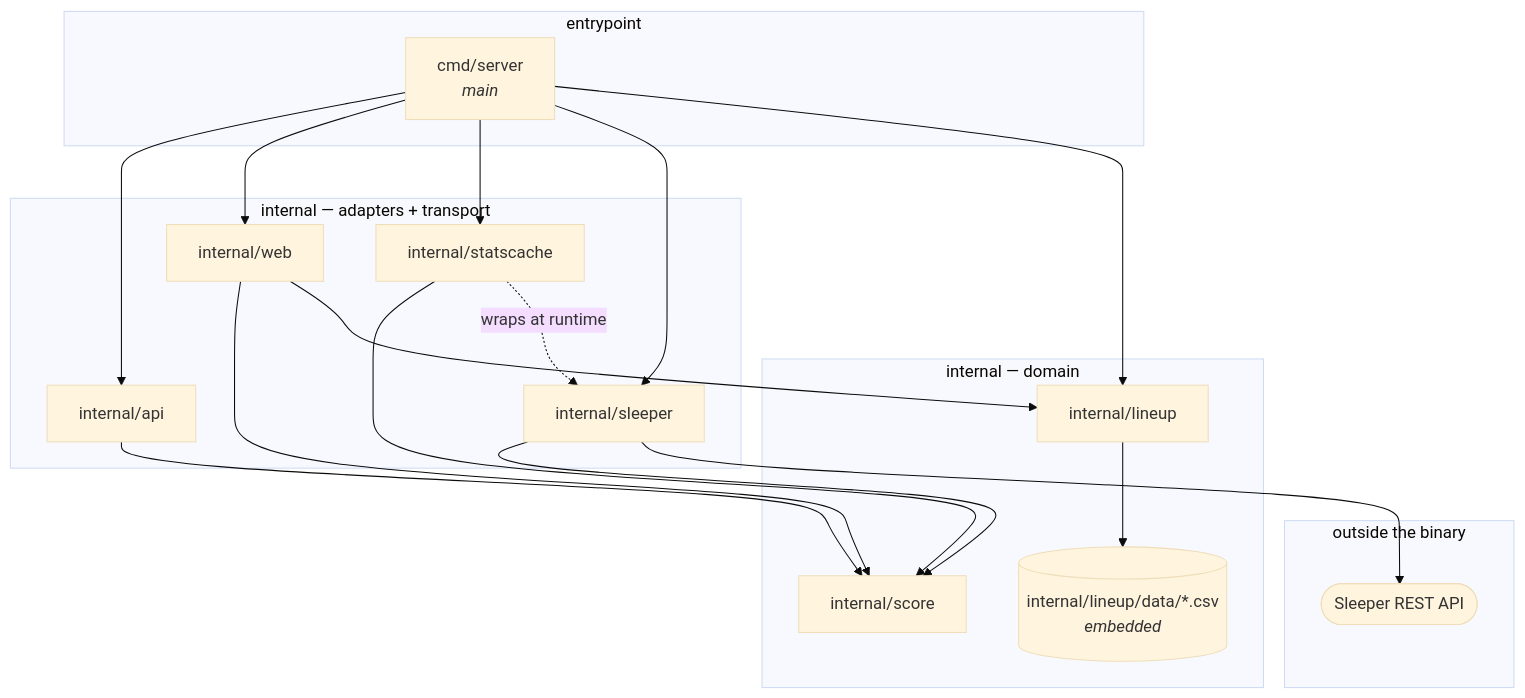
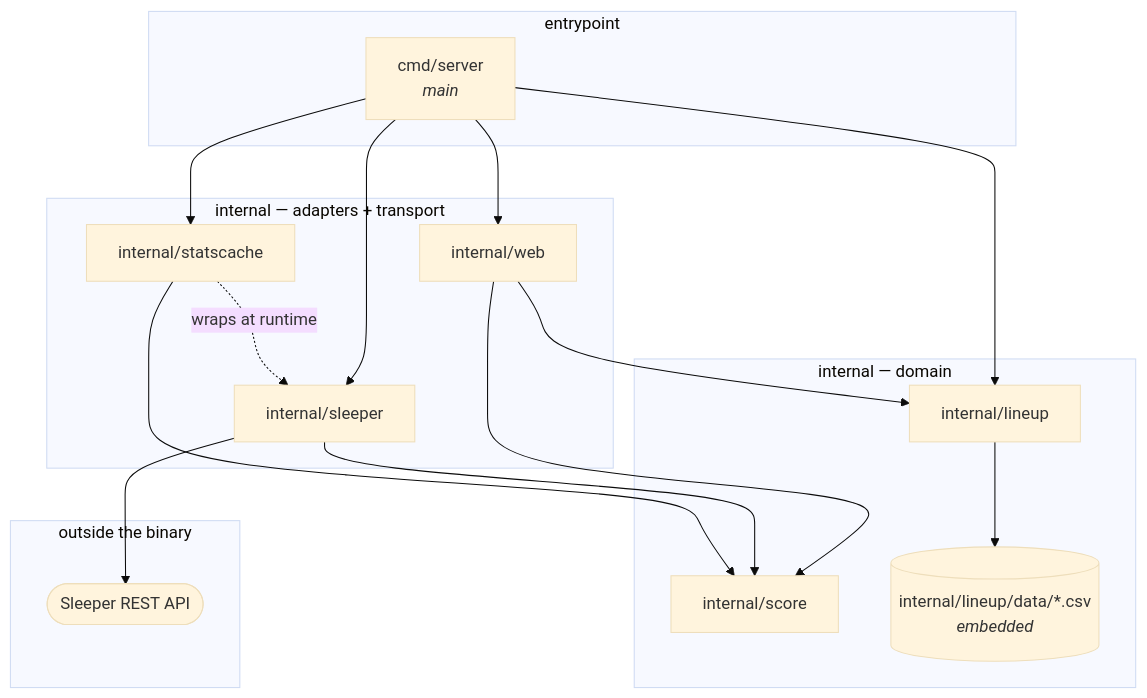
Before and after one commit to eshifrin-606/bojjaes: the diagram in docs/package-dependencies.md, drawn with Mermaid (base theme). The commit also changed other lines of this file and 33 other files, not shown here.

````diff
--- a/docs/package-dependencies.md
+++ b/docs/package-dependencies.md
@@ -13,34 +13,31 @@
 ```mermaid
 graph TD
     subgraph entry["entrypoint"]
         main["cmd/server<br/><i>main</i>"]
     end
     subgraph domain["internal — domain"]
         score["internal/score"]
         lineup["internal/lineup"]
         files[("internal/lineup/data/*.csv<br/><i>embedded</i>")]
     end
     subgraph adapters["internal — adapters + transport"]
         sleeperpkg["internal/sleeper"]
         statscache["internal/statscache"]
-        api["internal/api"]
         web["internal/web"]
     end
     subgraph ext["outside the binary"]
         sleeper(["Sleeper REST API"])
     end
 
-    main --> api
     main --> web
     main --> statscache
     main --> sleeperpkg
     main --> lineup
-    api --> score
     web --> score
     web --> lineup
     sleeperpkg --> score
     sleeperpkg --> sleeper
     statscache --> score
     statscache -. wraps at runtime .-> sleeperpkg
     lineup --> files
 ```
````
